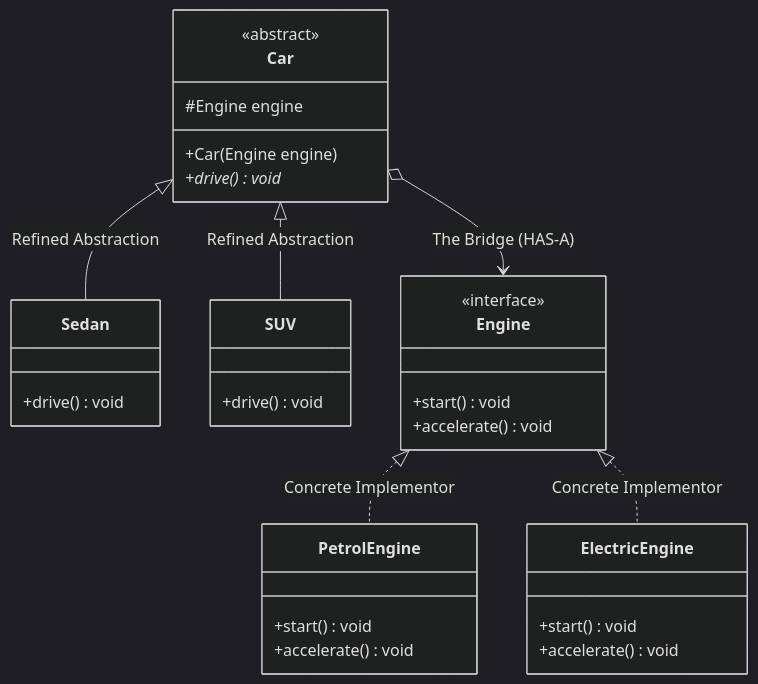
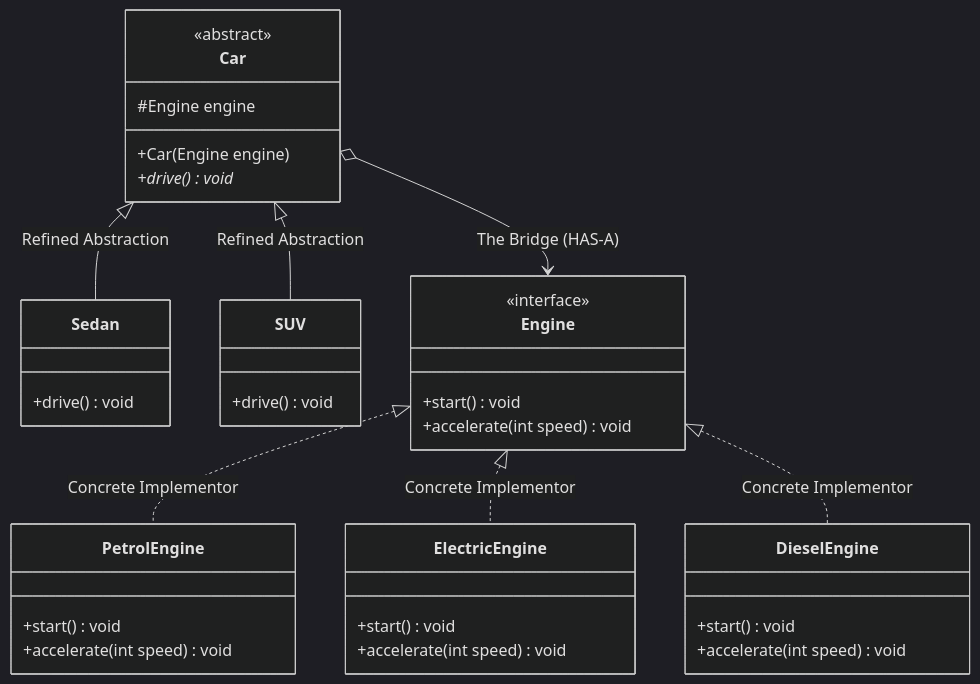
The second of 4 diagrams in 04-OOPs-and-Design-Patterns/03-Design-Patterns/25-Bridge-Pattern.md (rohithgowda18/Notes), drawn with Mermaid (dark theme) before and after one commit. The commit also changed other lines of this file and 30 other files, not shown here.

````diff
--- a/04-OOPs-and-Design-Patterns/03-Design-Patterns/25-Bridge-Pattern.md
+++ b/04-OOPs-and-Design-Patterns/03-Design-Patterns/25-Bridge-Pattern.md
@@ -39,37 +53,45 @@
 ```mermaid
 classDiagram
     class Car {
         <<abstract>>
         #Engine engine
         +Car(Engine engine)
         +drive()* void
     }
 
     class Sedan {
         +drive() void
     }
+
     class SUV {
         +drive() void
     }
 
     class Engine {
         <<interface>>
         +start() void
-        +accelerate() void
+        +accelerate(int speed) void
     }
 
     class PetrolEngine {
         +start() void
-        +accelerate() void
+        +accelerate(int speed) void
     }
+
     class ElectricEngine {
         +start() void
-        +accelerate() void
+        +accelerate(int speed) void
+    }
+
+    class DieselEngine {
+        +start() void
+        +accelerate(int speed) void
     }
 
     Car <|-- Sedan : Refined Abstraction
     Car <|-- SUV : Refined Abstraction
     Car o--> Engine : The Bridge (HAS-A)
     Engine <|.. PetrolEngine : Concrete Implementor
     Engine <|.. ElectricEngine : Concrete Implementor
+    Engine <|.. DieselEngine : Concrete Implementor
 ```
````
